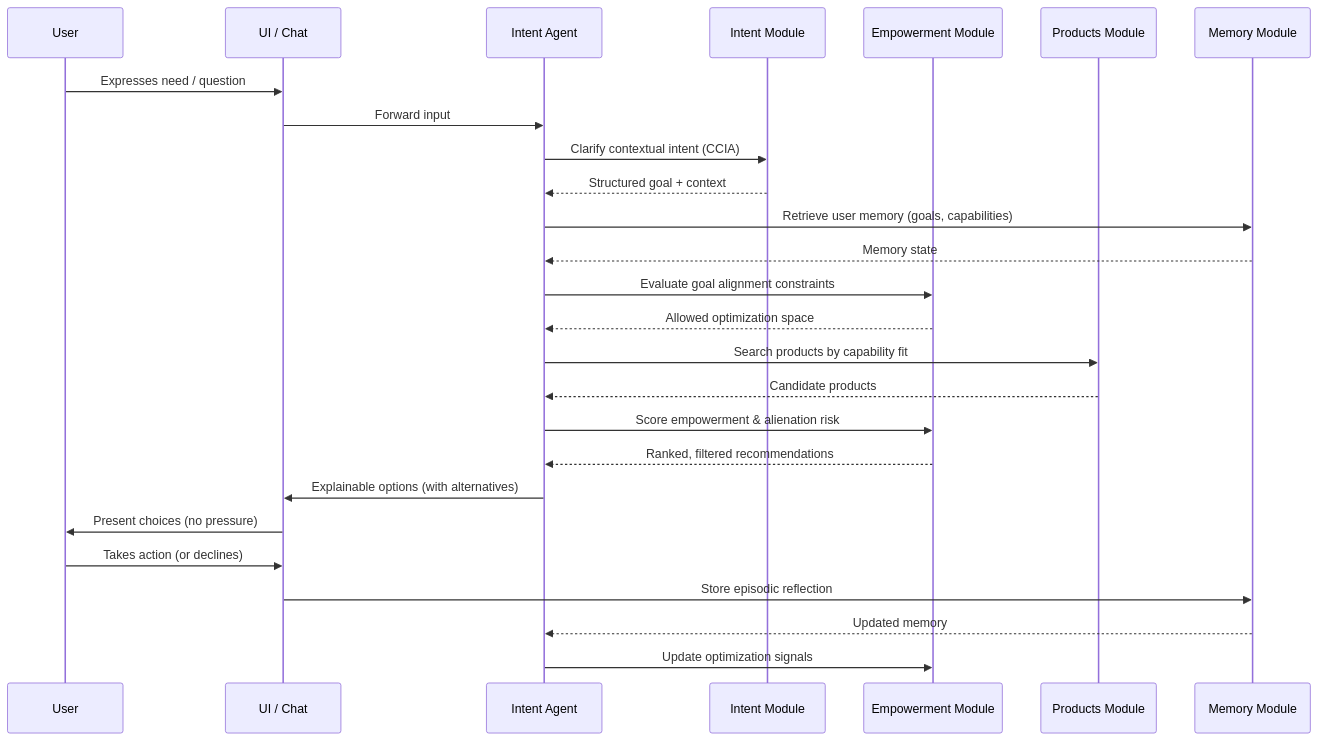
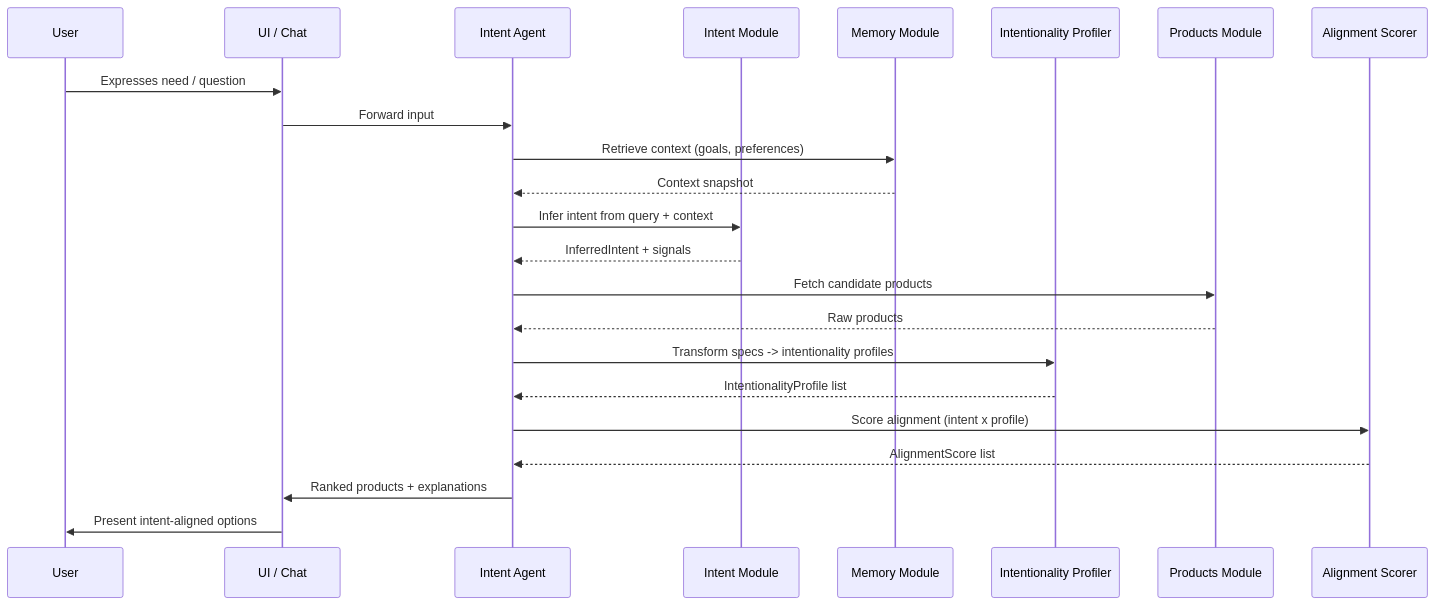
The diagram in docs/sequence-diagram.md (ai-knowledge-hub/deep-dive-analysis-agentic-commerce-augmentation), drawn with Mermaid before and after one commit. The commit also changed other lines of this file and 84 other files, not shown here.

````diff
--- a/docs/sequence-diagram.md
+++ b/docs/sequence-diagram.md
@@ -16,37 +16,32 @@
 ```mermaid
 sequenceDiagram
     participant U as User
     participant UI as UI / Chat
     participant IA as Intent Agent
     participant IM as Intent Module
-    participant EM as Empowerment Module
+    participant MM as Memory Module
+    participant IP as Intentionality Profiler
     participant PM as Products Module
-    participant MM as Memory Module
+    participant AS as Alignment Scorer
 
     U->>UI: Expresses need / question
     UI->>IA: Forward input
 
-    IA->>IM: Clarify contextual intent (CCIA)
-    IM-->>IA: Structured goal + context
+    IA->>MM: Retrieve context (goals, preferences)
+    MM-->>IA: Context snapshot
 
-    IA->>MM: Retrieve user memory (goals, capabilities)
-    MM-->>IA: Memory state
+    IA->>IM: Infer intent from query + context
+    IM-->>IA: InferredIntent + signals
 
-    IA->>EM: Evaluate goal alignment constraints
-    EM-->>IA: Allowed optimization space
+    IA->>PM: Fetch candidate products
+    PM-->>IA: Raw products
 
-    IA->>PM: Search products by capability fit
-    PM-->>IA: Candidate products
+    IA->>IP: Transform specs -> intentionality profiles
+    IP-->>IA: IntentionalityProfile list
 
-    IA->>EM: Score empowerment & alienation risk
-    EM-->>IA: Ranked, filtered recommendations
+    IA->>AS: Score alignment (intent x profile)
+    AS-->>IA: AlignmentScore list
 
-    IA->>UI: Explainable options (with alternatives)
-    UI->>U: Present choices (no pressure)
-
-    U->>UI: Takes action (or declines)
-    UI->>MM: Store episodic reflection
-    MM-->>IA: Updated memory
-
-    IA->>EM: Update optimization signals
+    IA->>UI: Ranked products + explanations
+    UI->>U: Present intent-aligned options
 ```
````
